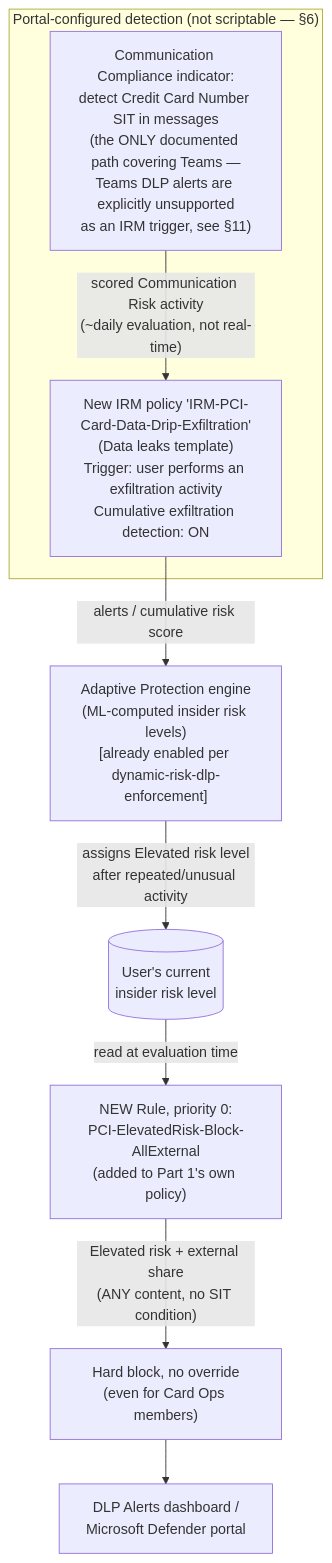
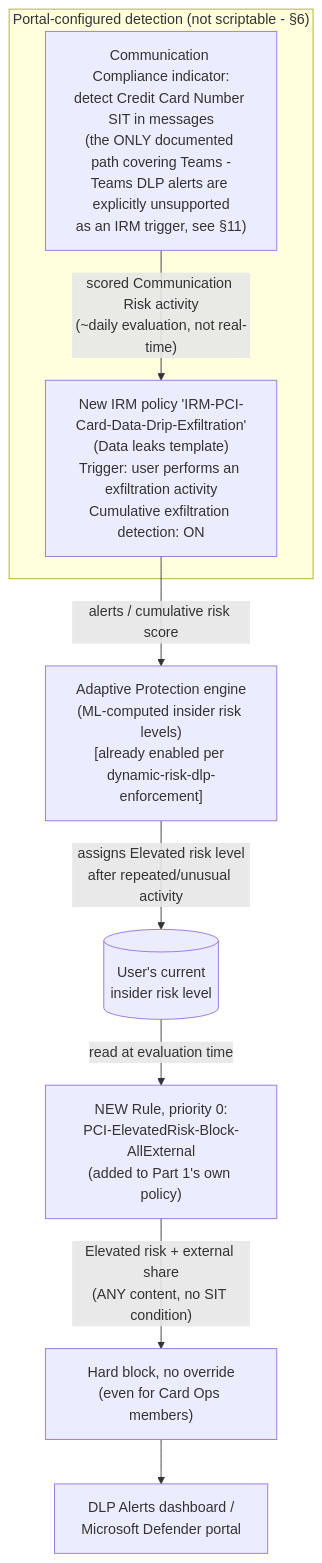
Before and after one commit to kpsec1/purview-scenario-library: the diagram in scenarios/dlp/pci-teams-exfil-block-part2-obfuscation-mitigation/README.md, drawn with Mermaid. The commit also changed other lines of this file and 451 other files, not shown here.

````diff
--- a/scenarios/dlp/pci-teams-exfil-block-part2-obfuscation-mitigation/README.md
+++ b/scenarios/dlp/pci-teams-exfil-block-part2-obfuscation-mitigation/README.md
@@ -53,13 +53,13 @@
 ```mermaid
 flowchart TD
-    subgraph Detect["Portal-configured detection (not scriptable — §6)"]
-        CC["Communication Compliance indicator:\ndetect Credit Card Number SIT in messages\n(the ONLY documented path covering Teams —\nTeams DLP alerts are explicitly unsupported\nas an IRM trigger, see §11)"]
+    subgraph Detect["Portal-configured detection (not scriptable - §6)"]
+        CC["Communication Compliance indicator:\ndetect Credit Card Number SIT in messages\n(the ONLY documented path covering Teams -\nTeams DLP alerts are explicitly unsupported\nas an IRM trigger, see §11)"]
         IRM["New IRM policy 'IRM-PCI-Card-Data-Drip-Exfiltration'\n(Data leaks template)\nTrigger: user performs an exfiltration activity\nCumulative exfiltration detection: ON"]
         CC -->|"scored Communication Risk activity\n(~daily evaluation, not real-time)"| IRM
     end
     IRM -->|alerts / cumulative risk score| APEngine["Adaptive Protection engine\n(ML-computed insider risk levels)\n[already enabled per dynamic-risk-dlp-enforcement]"]
     APEngine -->|"assigns Elevated risk level\nafter repeated/unusual activity"| RiskLevel[("User's current\ninsider risk level")]
     RiskLevel -->|"read at evaluation time"| NewRule["NEW Rule, priority 0:\nPCI-ElevatedRisk-Block-AllExternal\n(added to Part 1's own policy)"]
     NewRule -->|"Elevated risk + external share\n(ANY content, no SIT condition)"| Block["Hard block, no override\n(even for Card Ops members)"]
     Block --> Reports["DLP Alerts dashboard /\nMicrosoft Defender portal"]
 ```
````
